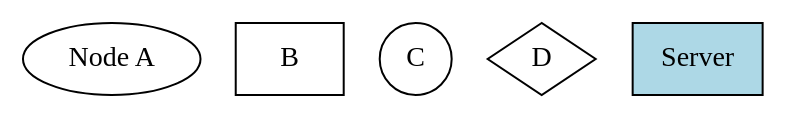
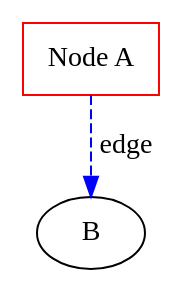
Before and after one commit to chyax98/DiagramAI: the second of 4 diagrams in docs/kroki/graphviz/official-docs.md, drawn with Graphviz. The commit also changed other lines of this file and 52 other files, not shown here.

````diff
--- a/docs/kroki/graphviz/official-docs.md
+++ b/docs/kroki/graphviz/official-docs.md
@@ -57,24 +43,13 @@
 ```dot
 digraph {
-  # 基本节点声明
-  A
-  B
-  C
-
-  # 带标签的节点
-  A [label="Node A"]
-
-  # 自定义形状
-  B [shape=box]
-  C [shape=circle]
-  D [shape=diamond]
-
-  # 多属性
-  E [
-    label="Server"
-    shape=box
-    style=filled
-    fillcolor=lightblue
-  ]
+  // 节点属性
+  A [shape=box, color=red, label="Node A"]
+  
+  // 边属性
+  A -> B [label="edge", color=blue, style=dashed]
+  
+  // 全局设置
+  node [shape=circle, fontname="Arial"]
+  edge [color=gray]
 }
 ```
````
